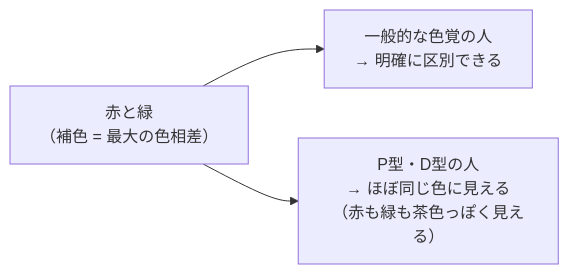
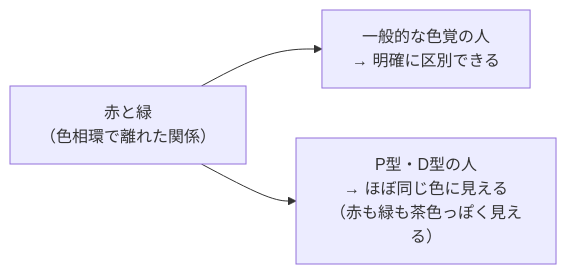
One commit to ozaki25/color-coordination-training-ozaki25 changed the second of 4 diagrams in docs/lessons/lesson21/index.md. Above: the diagram before and after it, drawn with Mermaid. The commit also changed other lines of this file and 23 other files, not shown here.

````diff
--- a/docs/lessons/lesson21/index.md
+++ b/docs/lessons/lesson21/index.md
@@ -79,6 +79,6 @@
 ```mermaid
 graph LR
-    A["赤と緑\n（補色 = 最大の色相差）"]
+    A["赤と緑\n（色相環で離れた関係）"]
     A --> B["一般的な色覚の人\n→ 明確に区別できる"]
     A --> C["P型・D型の人\n→ ほぼ同じ色に見える\n（赤も緑も茶色っぽく見える）"]
 ```
````
